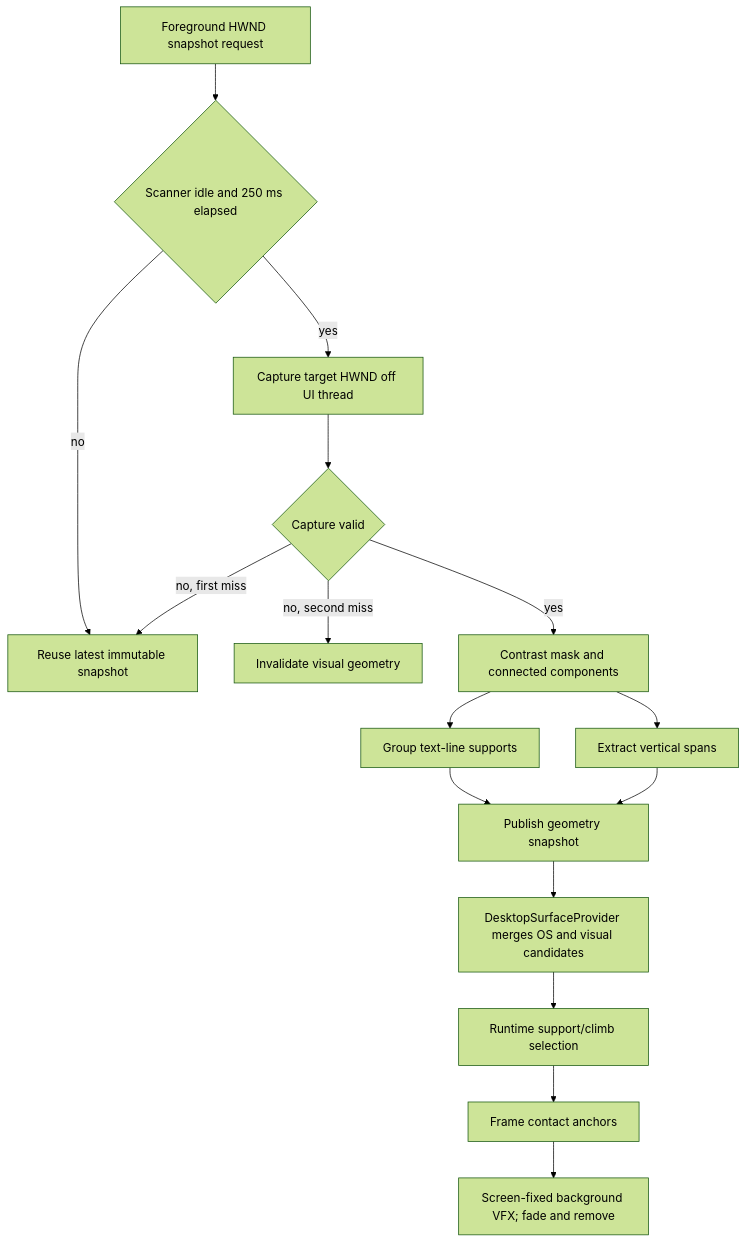
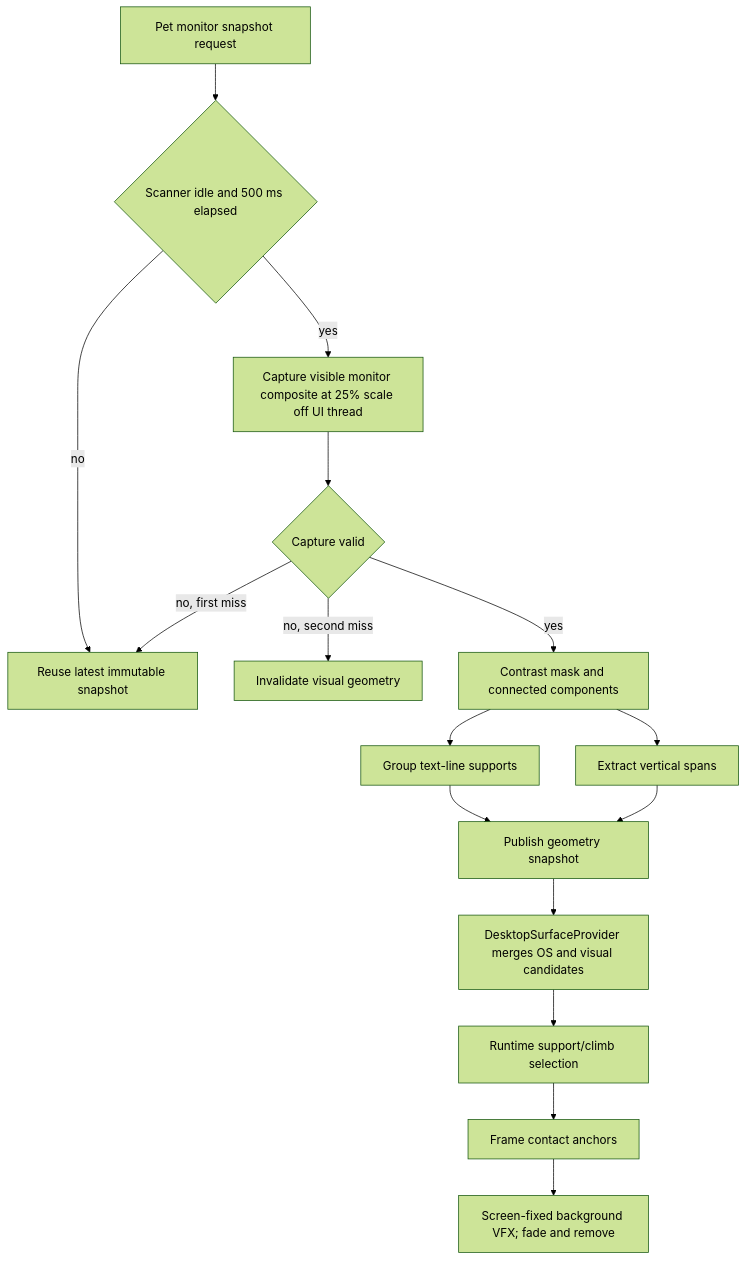
Before and after one commit to JJHbrams/win-overlay: the second of 3 diagrams in docs/design/0010-visual-text-surfaces.md, drawn with Mermaid (forest theme). The commit also changed other lines of this file and 22 other files, not shown here.

````diff
--- a/docs/design/0010-visual-text-surfaces.md
+++ b/docs/design/0010-visual-text-surfaces.md
@@ -84,18 +91,18 @@
 ```mermaid
 flowchart TD
-  A["Foreground HWND snapshot request"] --> B{"Scanner idle and 250 ms elapsed"}
+  A["Pet monitor snapshot request"] --> B{"Scanner idle and 500 ms elapsed"}
   B -->|no| C["Reuse latest immutable snapshot"]
-  B -->|yes| D["Capture target HWND off UI thread"]
+  B -->|yes| D["Capture visible monitor composite at 25% scale off UI thread"]
   D --> E{"Capture valid"}
   E -->|no, first miss| C
   E -->|no, second miss| X["Invalidate visual geometry"]
   E -->|yes| G["Contrast mask and connected components"]
   G --> T["Group text-line supports"]
   G --> V["Extract vertical spans"]
   T --> S["Publish geometry snapshot"]
   V --> S
   S --> P["DesktopSurfaceProvider merges OS and visual candidates"]
   P --> R["Runtime support/climb selection"]
   R --> K["Frame contact anchors"]
   K --> Q["Screen-fixed background VFX; fade and remove"]
 ```
````
